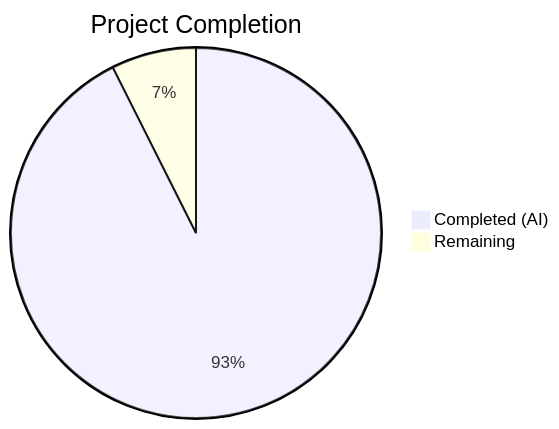
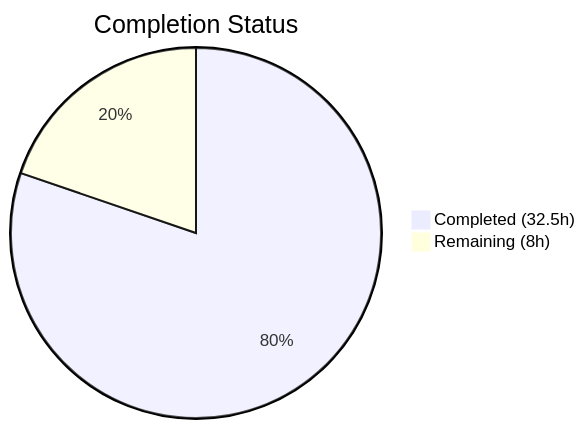
Before and after one commit to Blitzy-Sandbox/kalle: the first of 2 diagrams in blitzy/documentation/Project Guide.md, drawn with Mermaid. The commit also changed other lines of this file, not shown here.

Commit message:
Adding Blitzy Project Guide: Project Status and Human Tasks Remaining

````diff
--- a/blitzy/documentation/Project Guide.md
+++ b/blitzy/documentation/Project Guide.md
@@ -13,5 +13,5 @@
 ```mermaid
-pie title Project Completion
-    "Completed (AI)" : 400
-    "Remaining" : 32
+pie title Completion Status
+    "Completed (32.5h)" : 32.5
+    "Remaining (8h)" : 8
 ```
````
